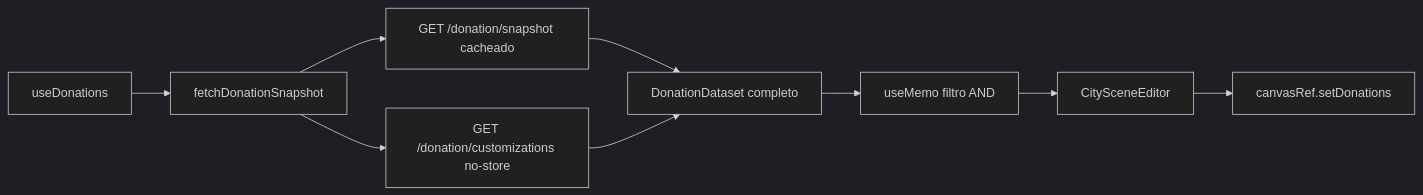
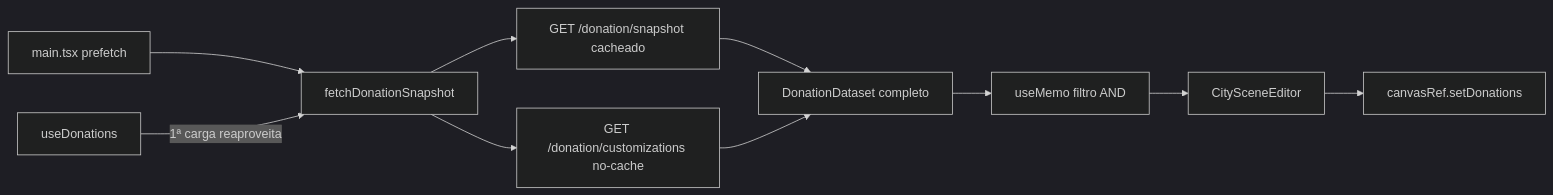
The diagram in doc/api/donation-api.md (RaeII/cidoe), drawn with Mermaid (dark theme) before and after one commit. The commit also changed other lines of this file and 17 other files, not shown here.

````diff
--- a/doc/api/donation-api.md
+++ b/doc/api/donation-api.md
@@ -75,11 +80,12 @@
 ```mermaid
 flowchart LR
-    Hook[useDonations] --> Fetch[fetchDonationSnapshot]
+    Entry[main.tsx prefetch] --> Fetch[fetchDonationSnapshot]
+    Hook[useDonations] --> |1ª carga reaproveita| Fetch
     Fetch --> Snapshot[GET /donation/snapshot cacheado]
-    Fetch --> Current[GET /donation/customizations no-store]
+    Fetch --> Current[GET /donation/customizations no-cache]
     Snapshot --> DS[DonationDataset completo]
     Current --> DS
     DS --> Filter[useMemo filtro AND]
     Filter --> Editor[CitySceneEditor]
     Editor --> Canvas[canvasRef.setDonations]
 ```
````
